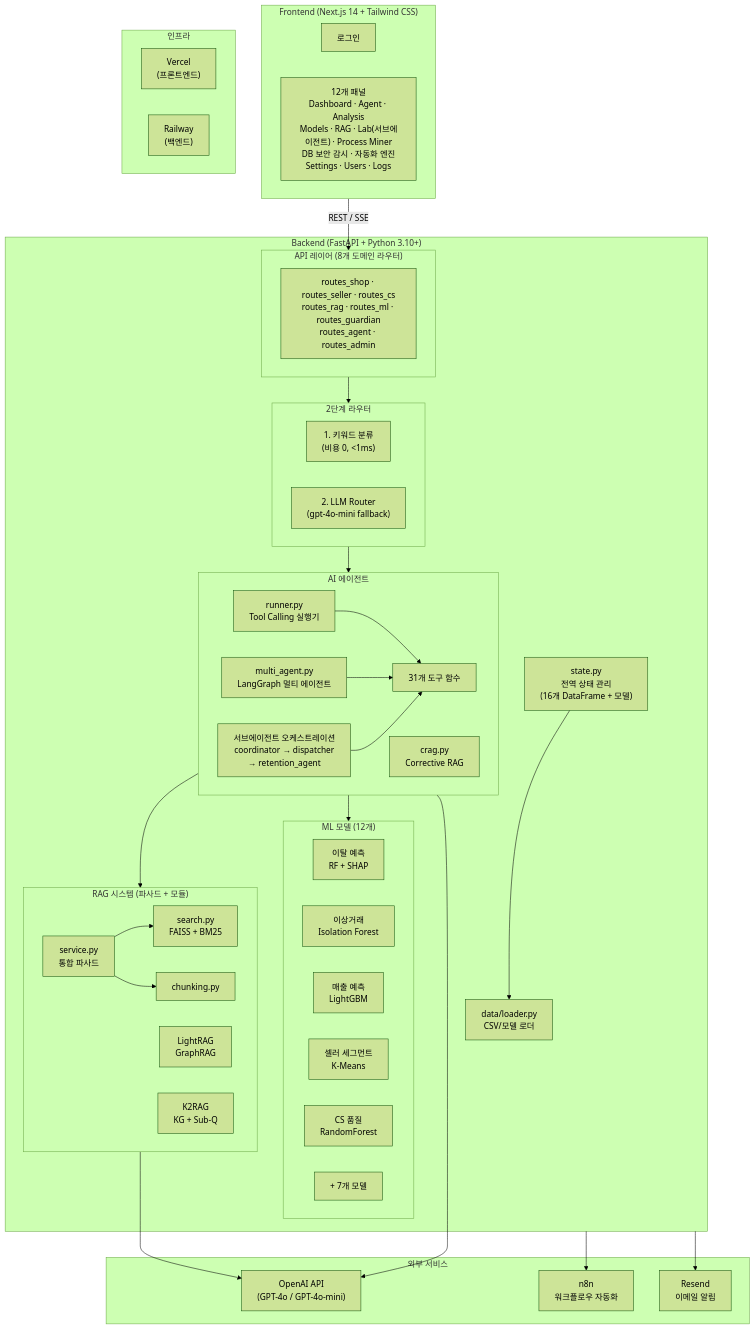
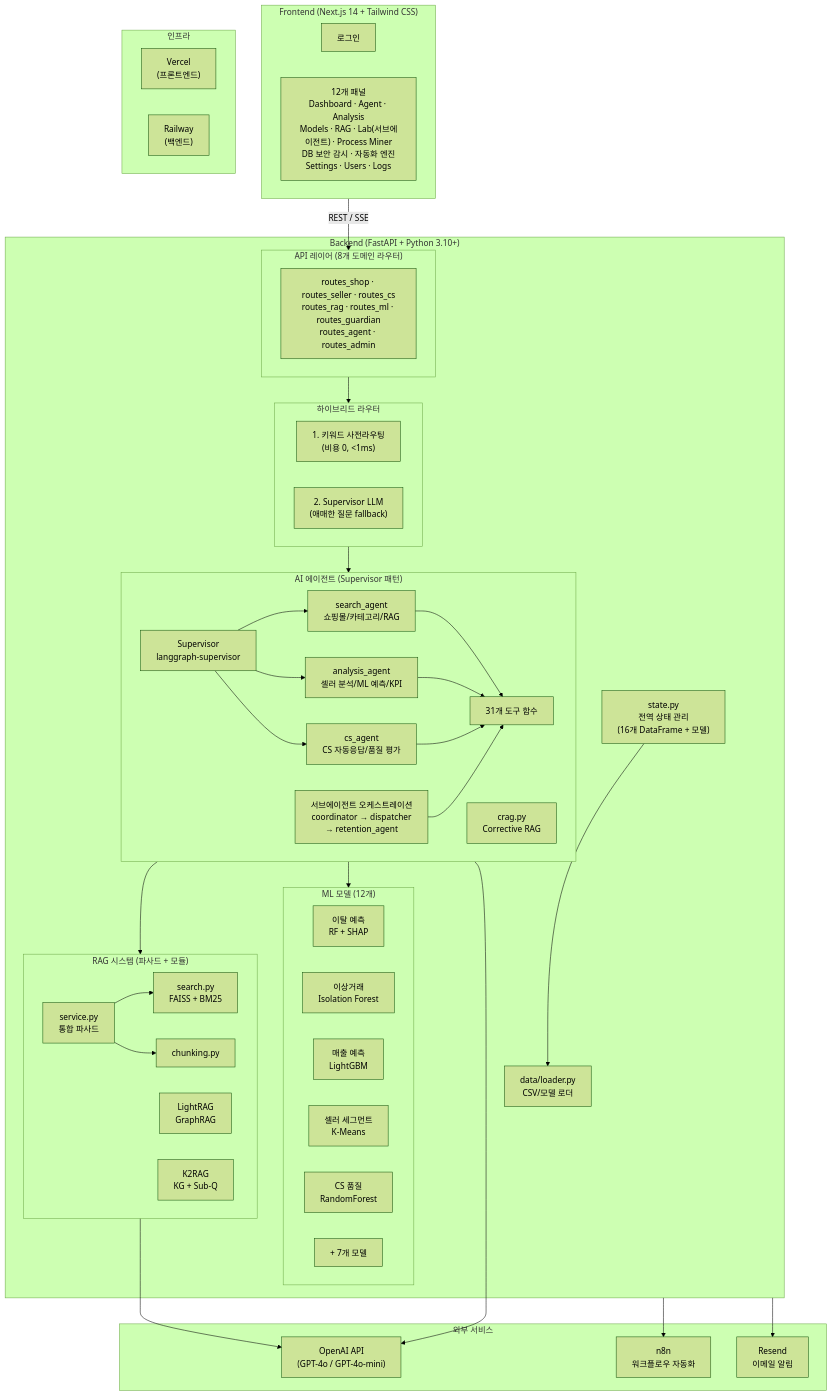
Before and after one commit to ASNGG/cafe24-demo: the first of 8 diagrams in README.md, drawn with Mermaid (forest theme). The commit also changed other lines of this file and 10 other files, not shown here.

````diff
--- a/README.md
+++ b/README.md
@@ -129,73 +143,79 @@
 ```mermaid
 flowchart TB
     subgraph Frontend["Frontend (Next.js 14 + Tailwind CSS)"]
         Login[로그인]
         Panels["12개 패널<br/>Dashboard · Agent · Analysis<br/>Models · RAG · Lab(서브에이전트) · Process Miner<br/>DB 보안 감시 · 자동화 엔진<br/>Settings · Users · Logs"]
     end
 
     subgraph Backend["Backend (FastAPI + Python 3.10+)"]
         subgraph API["API 레이어 (8개 도메인 라우터)"]
             Routes["routes_shop · routes_seller · routes_cs<br/>routes_rag · routes_ml · routes_guardian<br/>routes_agent · routes_admin"]
         end
 
-        subgraph Router["2단계 라우터"]
-            R1["1. 키워드 분류<br/>(비용 0, <1ms)"]
-            R2["2. LLM Router<br/>(gpt-4o-mini fallback)"]
+        subgraph Router["하이브리드 라우터"]
+            R1["1. 키워드 사전라우팅<br/>(비용 0, <1ms)"]
+            R2["2. Supervisor LLM<br/>(애매한 질문 fallback)"]
         end
 
-        subgraph Agent["AI 에이전트"]
-            Runner["runner.py<br/>Tool Calling 실행기"]
-            MultiAgent["multi_agent.py<br/>LangGraph 멀티 에이전트"]
+        subgraph Agent["AI 에이전트 (Supervisor 패턴)"]
+            Supervisor["Supervisor<br/>langgraph-supervisor"]
+            SearchAgent["search_agent<br/>쇼핑몰/카테고리/RAG"]
+            AnalysisAgent["analysis_agent<br/>셀러 분석/ML 예측/KPI"]
+            CSAgent["cs_agent<br/>CS 자동응답/품질 평가"]
             SubAgent["서브에이전트 오케스트레이션<br/>coordinator → dispatcher<br/>→ retention_agent"]
             Tools["31개 도구 함수"]
             CRAG["crag.py<br/>Corrective RAG"]
         end
 
         subgraph RAGSystem["RAG 시스템 (파사드 + 모듈)"]
             Service["service.py<br/>통합 파사드"]
             HybridRAG["search.py<br/>FAISS + BM25"]
             LightRAGNode["LightRAG<br/>GraphRAG"]
             K2RAGNode["K2RAG<br/>KG + Sub-Q"]
             Chunking["chunking.py"]
         end
 
         subgraph MLModels["ML 모델 (12개)"]
             Churn["이탈 예측<br/>RF + SHAP"]
             Fraud["이상거래<br/>Isolation Forest"]
             Revenue["매출 예측<br/>LightGBM"]
             Segment["셀러 세그먼트<br/>K-Means"]
             CSQuality["CS 품질<br/>RandomForest"]
             Others["+ 7개 모델"]
         end
 
         State["state.py<br/>전역 상태 관리<br/>(16개 DataFrame + 모델)"]
         DataLoader["data/loader.py<br/>CSV/모델 로더"]
     end
 
     subgraph External["외부 서비스"]
         OpenAI["OpenAI API<br/>(GPT-4o / GPT-4o-mini)"]
         n8n["n8n<br/>워크플로우 자동화"]
         Resend["Resend<br/>이메일 알림"]
     end
 
     subgraph Infra["인프라"]
         Vercel["Vercel<br/>(프론트엔드)"]
         Railway["Railway<br/>(백엔드)"]
     end
 
     Frontend -->|"REST / SSE"| API
     API --> Router
     Router --> Agent
     Agent --> RAGSystem
     Agent --> MLModels
     Agent --> OpenAI
     Service --> HybridRAG
     Service --> Chunking
     RAGSystem --> OpenAI
-    Runner --> Tools
-    MultiAgent --> Tools
+    Supervisor --> SearchAgent
+    Supervisor --> AnalysisAgent
+    Supervisor --> CSAgent
+    SearchAgent --> Tools
+    AnalysisAgent --> Tools
+    CSAgent --> Tools
     SubAgent --> Tools
     Backend --> n8n
     Backend --> Resend
     State --> DataLoader
 ```
````
